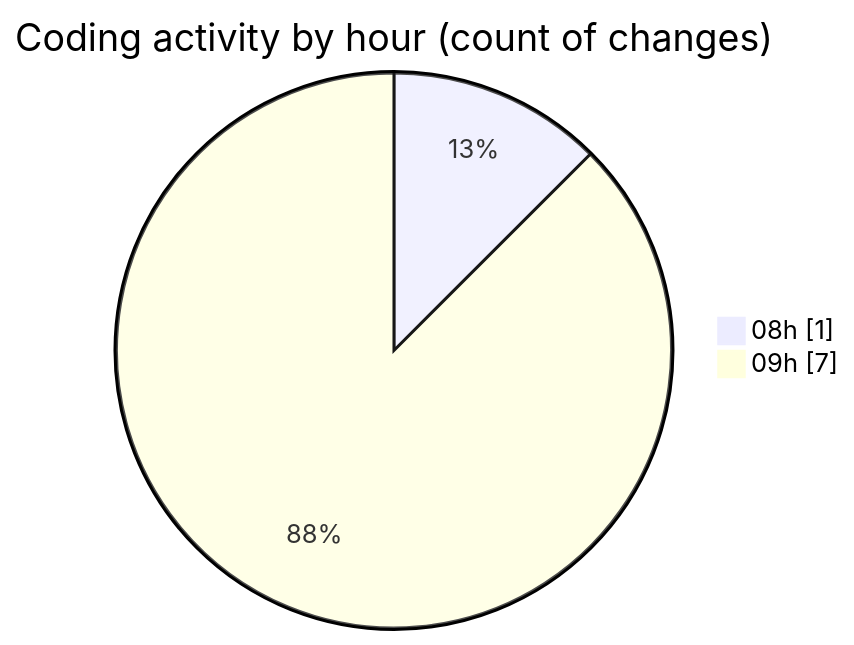
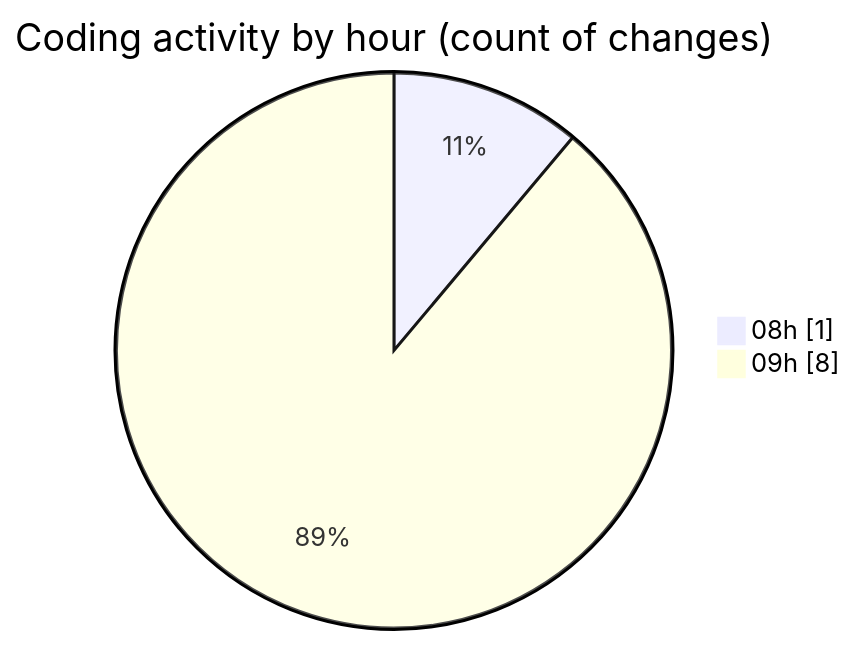
The second of 2 diagrams in 2025-04-04/jsvms/README.md (BS-eng2023/code-tracking), drawn with Mermaid before and after one commit. The commit also changed other lines of this file and 1 other file, not shown here.

````diff
--- a/2025-04-04/jsvms/README.md
+++ b/2025-04-04/jsvms/README.md
@@ -32,6 +32,6 @@
 ```mermaid
 pie showData
 title Coding activity by hour (count of changes)
 "08h" : 1
-"09h" : 7
+"09h" : 8
 ```
````
